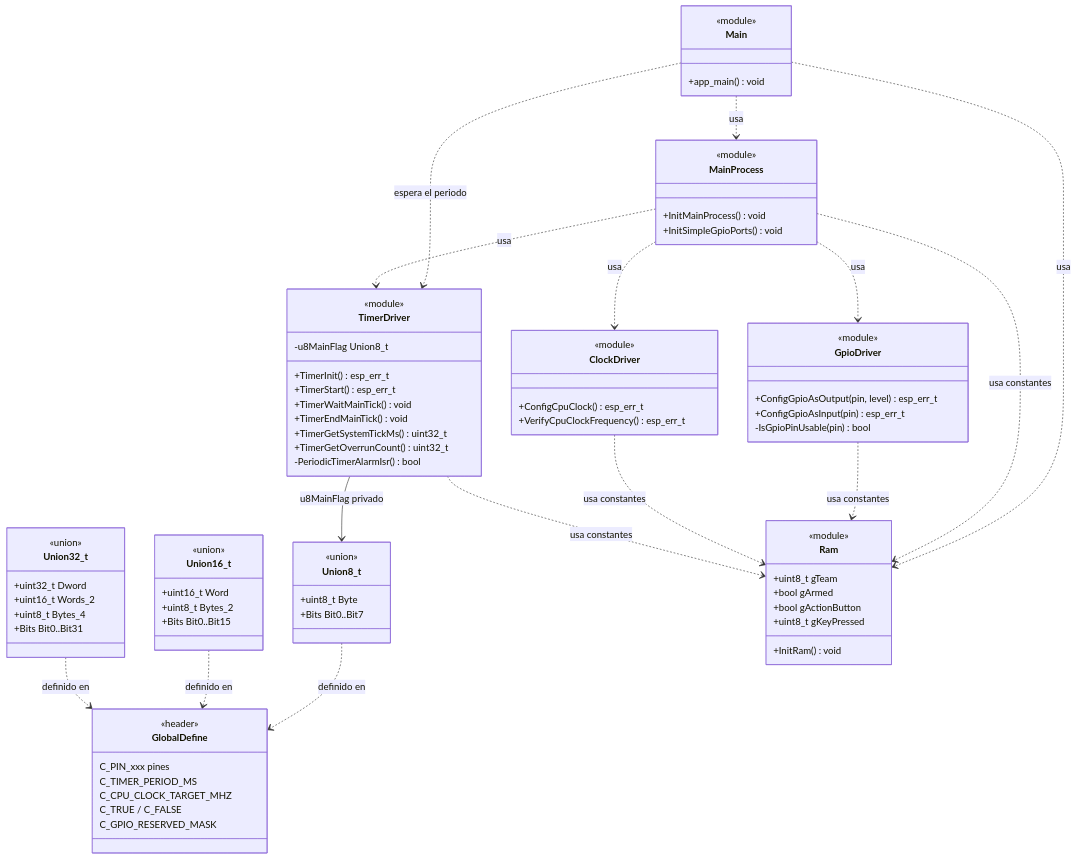
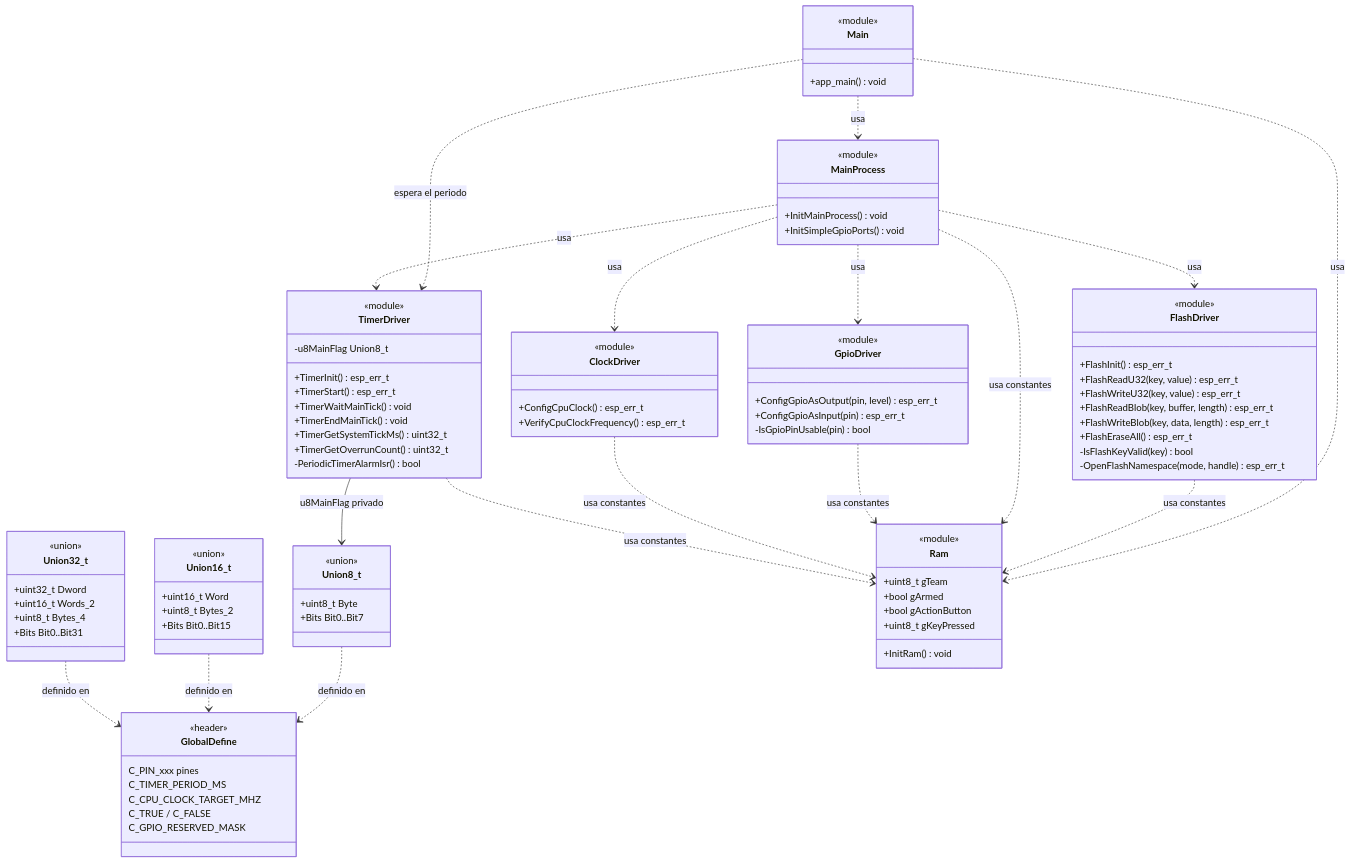
The third of 6 diagrams in Sw/README.md (rodgutzal/Airsoft-MultipurposeGameModeTool), drawn with Mermaid before and after one commit. The commit also changed other lines of this file and 9 other files, not shown here.

Commit message:
Agregar FlashDriver (NVS), tabla de particiones propia y ISR del timer segura en IRAM

```diff
--- a/Sw/README.md
+++ b/Sw/README.md
@@ -141,6 +149,17 @@
     +ConfigCpuClock() esp_err_t
     +VerifyCpuClockFrequency() esp_err_t
   }
+  class FlashDriver {
+    <<module>>
+    +FlashInit() esp_err_t
+    +FlashReadU32(key, value) esp_err_t
+    +FlashWriteU32(key, value) esp_err_t
+    +FlashReadBlob(key, buffer, length) esp_err_t
+    +FlashWriteBlob(key, data, length) esp_err_t
+    +FlashEraseAll() esp_err_t
+    -IsFlashKeyValid(key) bool
+    -OpenFlashNamespace(mode, handle) esp_err_t
+  }
   class GpioDriver {
     <<module>>
     +ConfigGpioAsOutput(pin, level) esp_err_t
@@ -170,7 +189,9 @@
   Main ..> MainProcess : usa
   Main ..> TimerDriver : espera el periodo
   MainProcess ..> ClockDriver : usa
+  MainProcess ..> FlashDriver : usa
   MainProcess ..> GpioDriver : usa
+  FlashDriver ..> Ram : usa constantes
   MainProcess ..> TimerDriver : usa
   MainProcess ..> Ram : usa constantes
   GpioDriver ..> Ram : usa constantes
```
